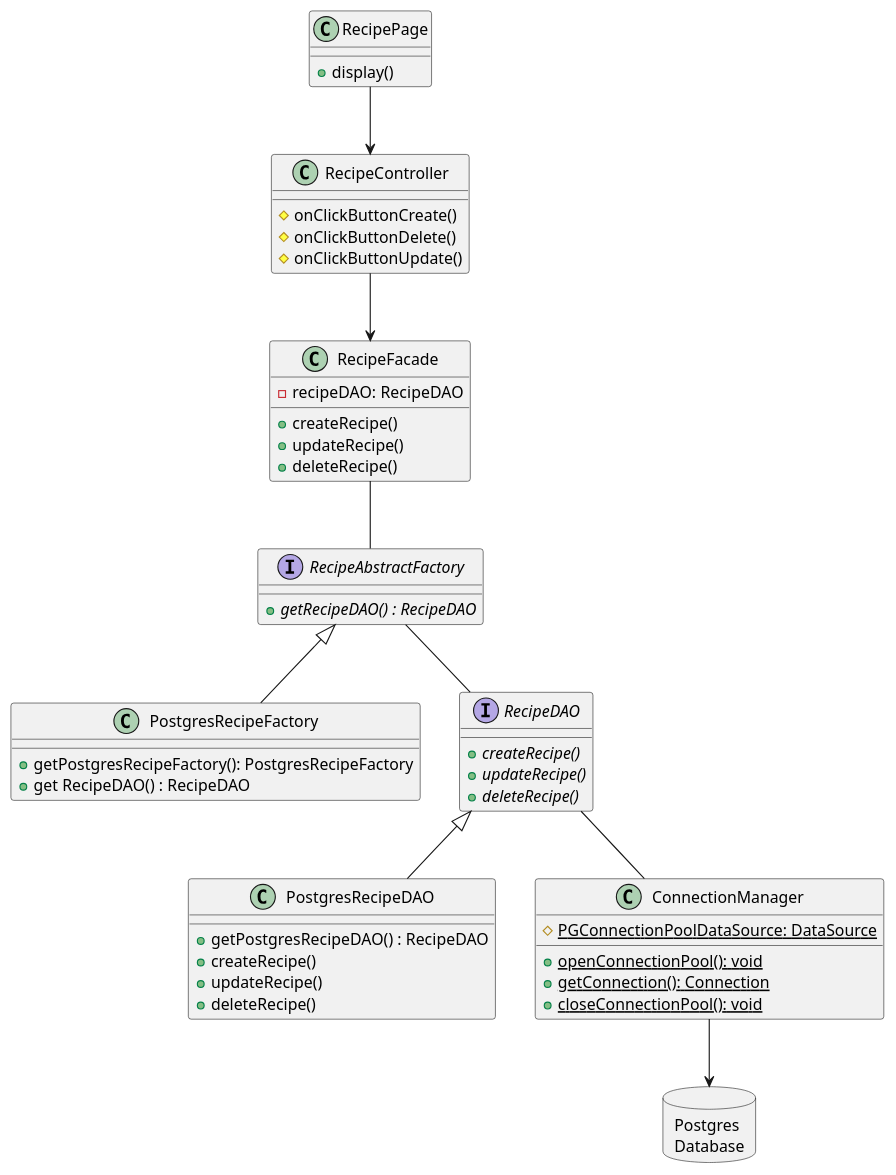
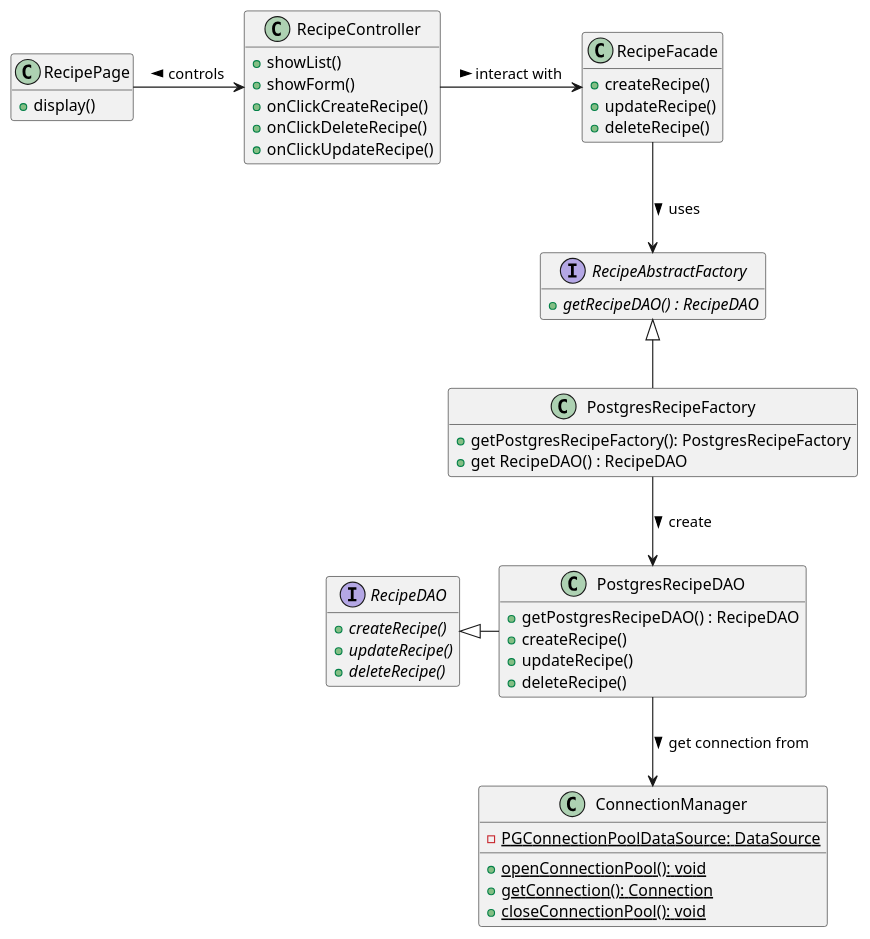
One commit to iusildra/WineCellar changed the diagram in doc/reports/prototype/plantuml/RecipeManagement/recipeClassDiagram.plantuml. Above: the diagram before and after it, drawn with PlantUML. The commit also changed 6 other files, not shown here.

First line of the commit message:
Recipe & ingredient diagrams (#11)

```diff
--- a/doc/reports/prototype/plantuml/RecipeManagement/recipeClassDiagram.plantuml
+++ b/doc/reports/prototype/plantuml/RecipeManagement/recipeClassDiagram.plantuml
@@ -1,73 +1,70 @@
 @startuml recipeClassDiagram
+hide empty members
 
 class RecipePage {
   + display()
 }
 
 class RecipeController {
-  # onClickButtonCreate()
-  # onClickButtonDelete()
-  # onClickButtonUpdate()
+  + showList()
+  + showForm()
+  + onClickCreateRecipe()
+  + onClickDeleteRecipe()
+  + onClickUpdateRecipe()
 }
 
 
 class RecipeFacade {
-  - recipeDAO: RecipeDAO
   + createRecipe()
   + updateRecipe()
   + deleteRecipe()
 }
 
 
 interface RecipeAbstractFactory {
   + {abstract} getRecipeDAO() : RecipeDAO
 
 }
 
 
 class PostgresRecipeFactory {
   + getPostgresRecipeFactory(): PostgresRecipeFactory
   + get RecipeDAO() : RecipeDAO
 }
 
 
 Interface RecipeDAO {
   + {abstract} createRecipe()
   + {abstract} updateRecipe()
   + {abstract} deleteRecipe()
 }
 
 
 class PostgresRecipeDAO{
   + getPostgresRecipeDAO() : RecipeDAO
   + createRecipe()
   + updateRecipe()
   + deleteRecipe()
 }
 
 
 class ConnectionManager {
-  # {static} PGConnectionPoolDataSource: DataSource
+  - {static} PGConnectionPoolDataSource: DataSource
   + {static} openConnectionPool(): void
   + {static} getConnection(): Connection
   + {static} closeConnectionPool(): void
 }
 
 
-database "Postgres\nDatabase" as Postgres {
+PostgresRecipeFactory -u-|> RecipeAbstractFactory
+PostgresRecipeDAO     -l-|> RecipeDAO
 
-}
-
-class PostgresRecipeFactory extends RecipeAbstractFactory
-class PostgresRecipeDAO extends RecipeDAO
-
-RecipePage --> RecipeController
-RecipeController --> RecipeFacade
-RecipeFacade -- RecipeAbstractFactory
-RecipeAbstractFactory -- RecipeDAO
-RecipeDAO -- ConnectionManager
-ConnectionManager --> Postgres
+RecipePage            -r-> RecipeController: <  controls
+RecipeController      -r-> RecipeFacade: > interact with
+RecipeFacade          --> RecipeAbstractFactory: > uses
+PostgresRecipeFactory --> PostgresRecipeDAO: > create
+PostgresRecipeDAO     --> ConnectionManager: > get connection from
 
 
 
 @enduml
```
